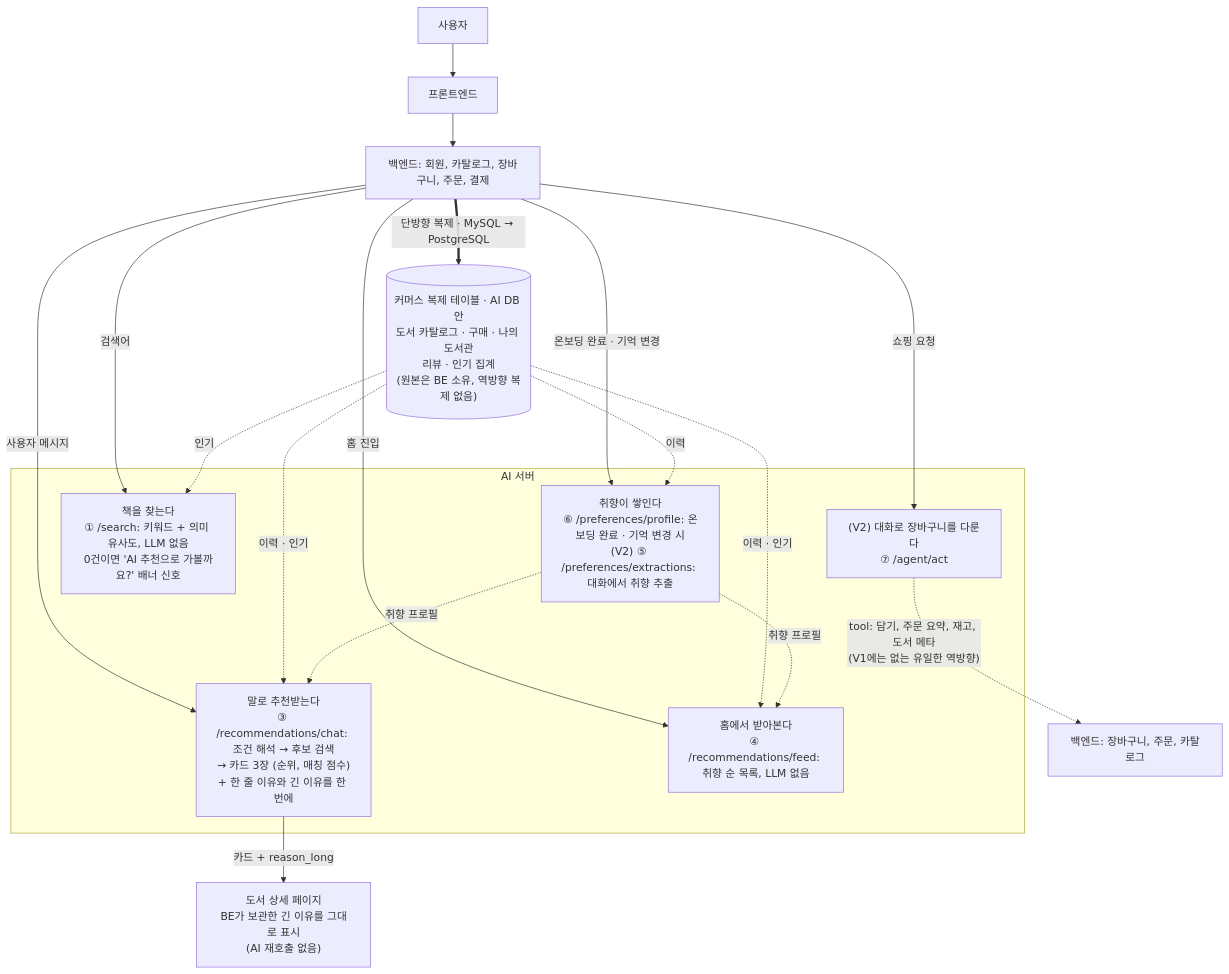
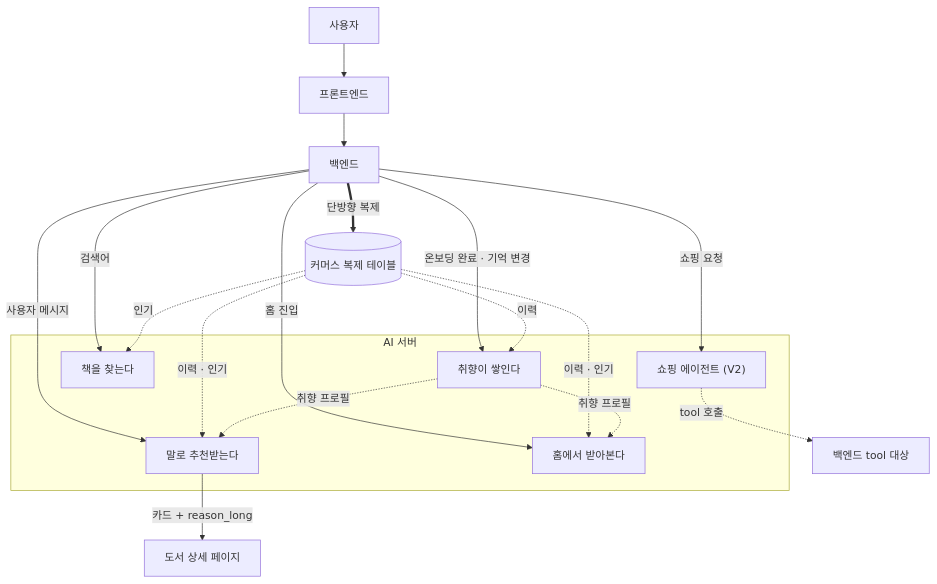
The diagram in docs/ai/1-model-api/spec.md (100-hours-a-week/KTB4-13th-wiki), drawn with Mermaid before and after one commit. The commit also changed other lines of this file and 2 other files, not shown here.

First line of the commit message:
docs(skill): 변환 문서에도 <details> 토글·다이어그램 정리 규칙 추가

````diff
--- a/docs/ai/1-model-api/spec.md
+++ b/docs/ai/1-model-api/spec.md
@@ -633,26 +649,26 @@
 ```mermaid
 flowchart TB
     U[사용자] --> FE[프론트엔드]
-    FE --> BE[백엔드: 회원, 카탈로그, 장바구니, 주문, 결제]
+    FE --> BE[백엔드]
     subgraph AI[AI 서버]
-        F5["취향이 쌓인다<br/>⑥ /preferences/profile: 온보딩 완료 · 기억 변경 시<br/>(V2) ⑤ /preferences/extractions: 대화에서 취향 추출"]
-        F1["책을 찾는다<br/>① /search: 키워드 + 의미 유사도, LLM 없음<br/>0건이면 'AI 추천으로 가볼까요?' 배너 신호"]
-        F2["말로 추천받는다<br/>③ /recommendations/chat: 조건 해석 → 후보 검색<br/>→ 카드 3장 (순위, 매칭 점수)<br/>+ 한 줄 이유와 긴 이유를 한 번에"]
-        F3["홈에서 받아본다<br/>④ /recommendations/feed: 취향 순 목록, LLM 없음"]
-        AG["(V2) 대화로 장바구니를 다룬다<br/>⑦ /agent/act"]
+        F5[취향이 쌓인다]
+        F1[책을 찾는다]
+        F2[말로 추천받는다]
+        F3[홈에서 받아본다]
+        AG["쇼핑 에이전트 (V2)"]
     end
     BE -->|온보딩 완료 · 기억 변경| F5
     BE -->|검색어| F1
     BE -->|사용자 메시지| F2
     BE -->|홈 진입| F3
     BE -->|쇼핑 요청| AG
-    BE ==>|"단방향 복제 · MySQL → PostgreSQL"| V[("커머스 복제 테이블 · AI DB 안<br/>도서 카탈로그 · 구매 · 나의 도서관<br/>리뷰 · 인기 집계<br/>(원본은 BE 소유, 역방향 복제 없음)")]
+    BE ==>|단방향 복제| V[(커머스 복제 테이블)]
     V -. 인기 .-> F1
     V -. 이력 · 인기 .-> F2
     V -. 이력 · 인기 .-> F3
     V -. 이력 .-> F5
     F5 -. 취향 프로필 .-> F2
     F5 -. 취향 프로필 .-> F3
-    F2 -->|카드 + reason_long| DET["도서 상세 페이지<br/>BE가 보관한 긴 이유를 그대로 표시<br/>(AI 재호출 없음)"]
-    AG -. "tool: 담기, 주문 요약, 재고, 도서 메타<br/>(V1에는 없는 유일한 역방향)" .-> COM["백엔드: 장바구니, 주문, 카탈로그"]
+    F2 -->|카드 + reason_long| DET[도서 상세 페이지]
+    AG -. tool 호출 .-> COM[백엔드 tool 대상]
 ```
````
